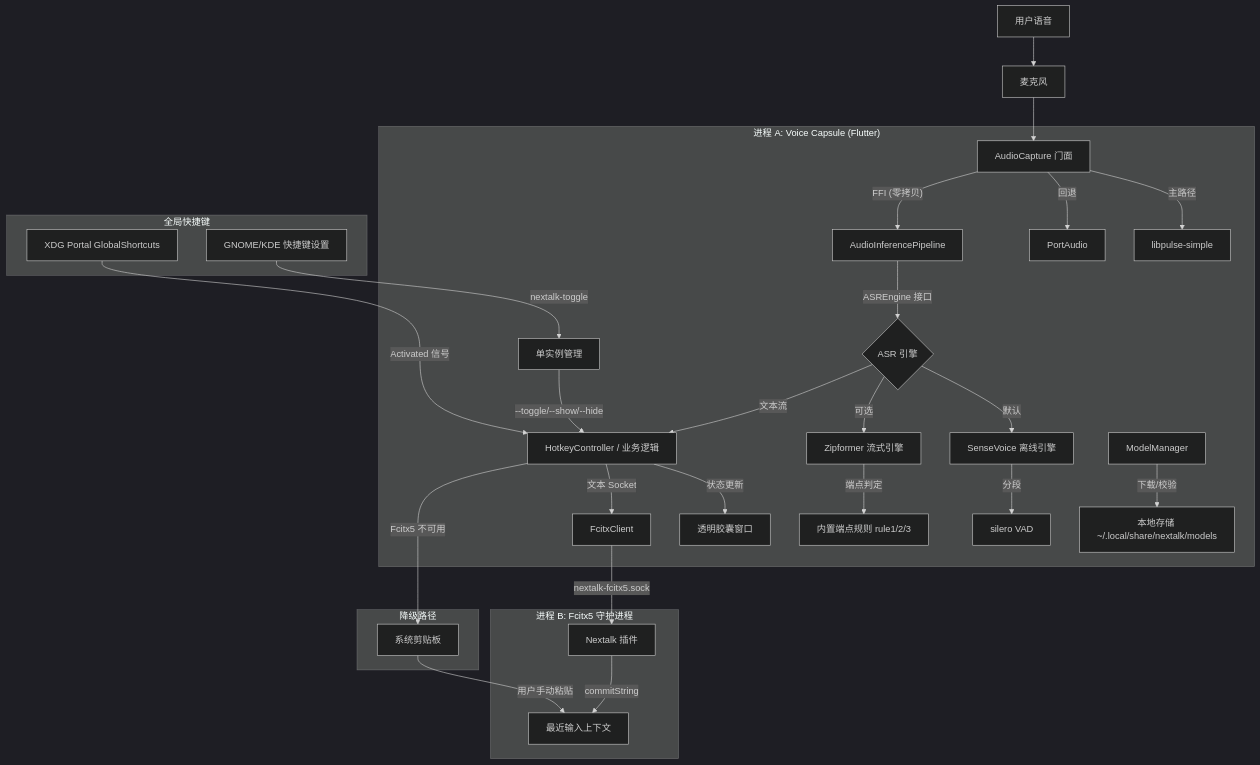
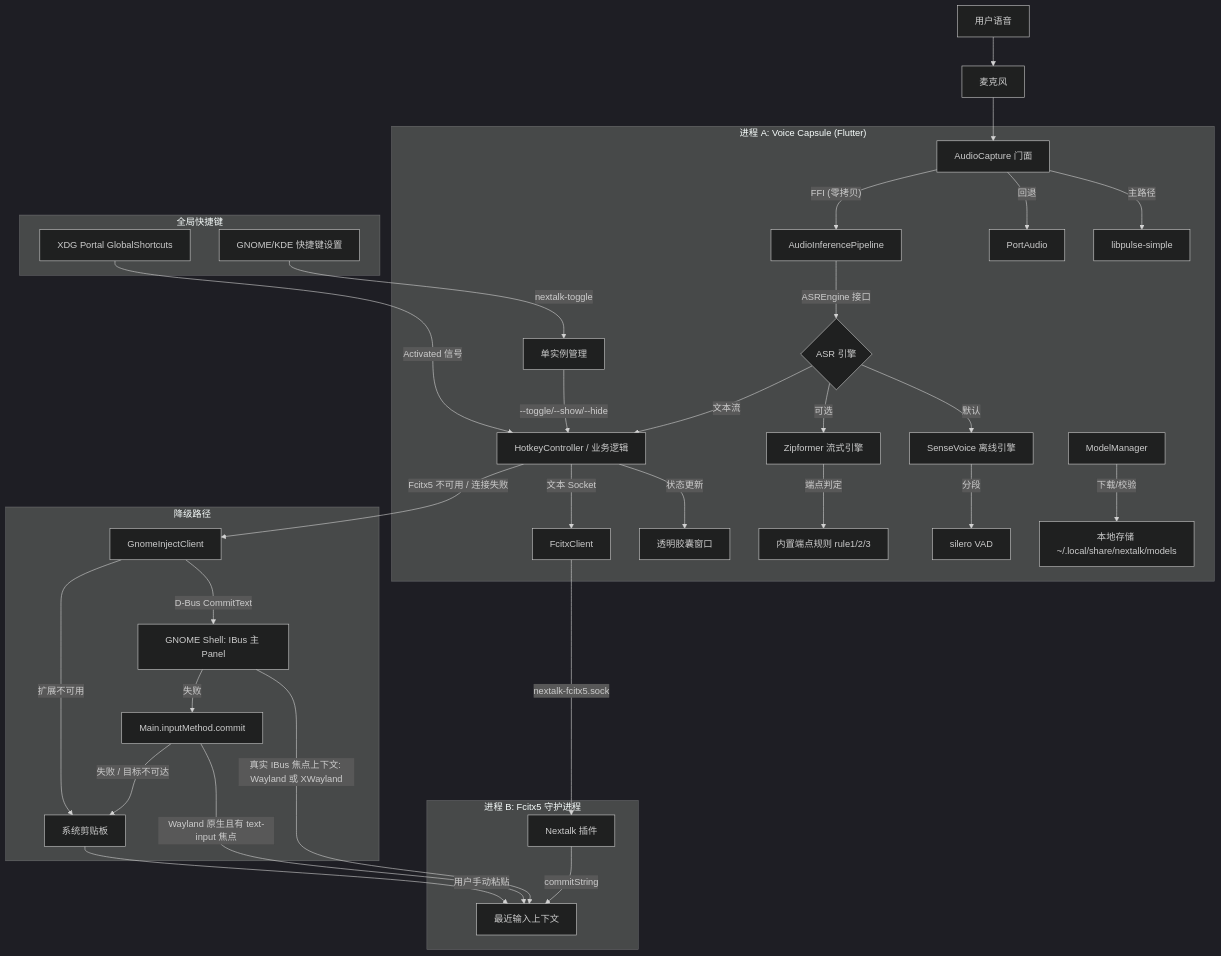
Before and after one commit to gonewx/nextalk: the diagram in docs/architecture_zh.md, drawn with Mermaid (dark theme). The commit also changed other lines of this file and 13 other files, not shown here.

First line of the commit message:
docs: 全面同步三级文本注入链（Fcitx5 → GNOME 扩展 IBus Panel → 剪贴板）

````diff
--- a/docs/architecture_zh.md
+++ b/docs/architecture_zh.md
@@ -25,36 +26,42 @@
 ```mermaid
 graph TD
     User[用户语音] --> Mic[麦克风]
     Mic --> Capture[AudioCapture 门面]
 
     subgraph "进程 A: Voice Capsule (Flutter)"
         Capture -- "主路径" --> Pulse[libpulse-simple]
         Capture -- "回退" --> PA[PortAudio]
         Capture -- "FFI (零拷贝)" --> Pipeline[AudioInferencePipeline]
         Pipeline -- "ASREngine 接口" --> Engine{ASR 引擎}
         Engine -- "默认" --> SV[SenseVoice 离线引擎]
         Engine -- "可选" --> ZF[Zipformer 流式引擎]
         SV -- "分段" --> VAD[silero VAD]
         ZF -- "端点判定" --> EP[内置端点规则 rule1/2/3]
         Engine -- "文本流" --> Logic[HotkeyController / 业务逻辑]
         Logic -- "状态更新" --> UI[透明胶囊窗口]
         Logic -- "文本 Socket" --> IPC_Text[FcitxClient]
         SingleInstance[单实例管理] -- "--toggle/--show/--hide" --> Logic
         ModelMgr[ModelManager] -- "下载/校验" --> Storage[本地存储 ~/.local/share/nextalk/models]
     end
 
     subgraph "进程 B: Fcitx5 守护进程"
         IPC_Text -- "nextalk-fcitx5.sock" --> IPC_Server[Nextalk 插件]
         IPC_Server -- "commitString" --> TargetApp[最近输入上下文]
     end
 
     subgraph "全局快捷键"
         Portal[XDG Portal GlobalShortcuts] -- "Activated 信号" --> Logic
         SystemShortcut[GNOME/KDE 快捷键设置] -- "nextalk-toggle" --> SingleInstance
     end
 
     subgraph "降级路径"
-        Logic -- "Fcitx5 不可用" --> Clipboard[系统剪贴板]
+        Logic -- "Fcitx5 不可用 / 连接失败" --> GNOME[GnomeInjectClient]
+        GNOME -- "D-Bus CommitText" --> Panel[GNOME Shell: IBus 主 Panel]
+        Panel -- "真实 IBus 焦点上下文: Wayland 或 XWayland" --> TargetApp
+        Panel -- "失败" --> IM[Main.inputMethod.commit]
+        IM -- "Wayland 原生且有 text-input 焦点" --> TargetApp
+        GNOME -- "扩展不可用" --> Clipboard[系统剪贴板]
+        IM -- "失败 / 目标不可达" --> Clipboard
         Clipboard -- "用户手动粘贴" --> TargetApp
     end
 ```
````
